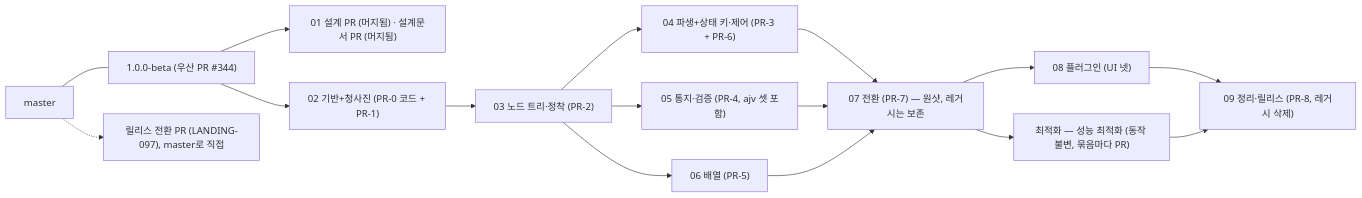
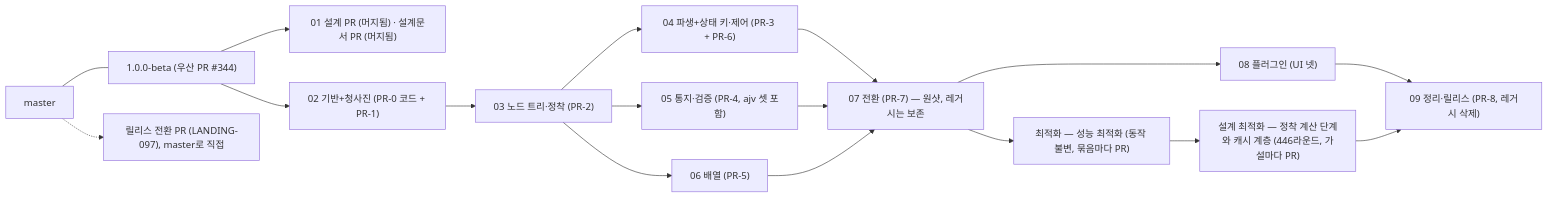
Before and after one commit to vincent-kk/albatrion: the diagram in packages/canard/schema-form/architecture/plan/README.md, drawn with Mermaid. The commit also changed other lines of this file and 20 other files, not shown here.

````diff
--- a/packages/canard/schema-form/architecture/plan/README.md
+++ b/packages/canard/schema-form/architecture/plan/README.md
@@ -21,18 +21,19 @@
 ```mermaid
 flowchart LR
   M[master] --- U["1.0.0-beta (우산 PR #344)"]
   U --> D["01 설계 PR (머지됨) · 설계문서 PR (머지됨)"]
   U --> A["02 기반+청사진 (PR-0 코드 + PR-1)"]
   A --> C["03 노드 트리·정착 (PR-2)"]
   C --> E["04 파생+상태 키·제어 (PR-3 + PR-6)"]
   C --> F["05 통지·검증 (PR-4, ajv 셋 포함)"]
   C --> G["06 배열 (PR-5)"]
   E --> S["07 전환 (PR-7) — 원샷, 레거시는 보존"]
   F --> S
   G --> S
   S --> P["08 플러그인 (UI 넷)"]
   S --> O["최적화 — 성능 최적화 (동작 불변, 묶음마다 PR)"]
   P --> R["09 정리·릴리스 (PR-8, 레거시 삭제)"]
-  O --> R
+  O --> X["설계 최적화 — 정착 계산 단계와 캐시 계층 (446라운드, 가설마다 PR)"]
+  X --> R
   M -.-> T["릴리스 전환 PR (LANDING-097), master로 직접"]
 ```
````
